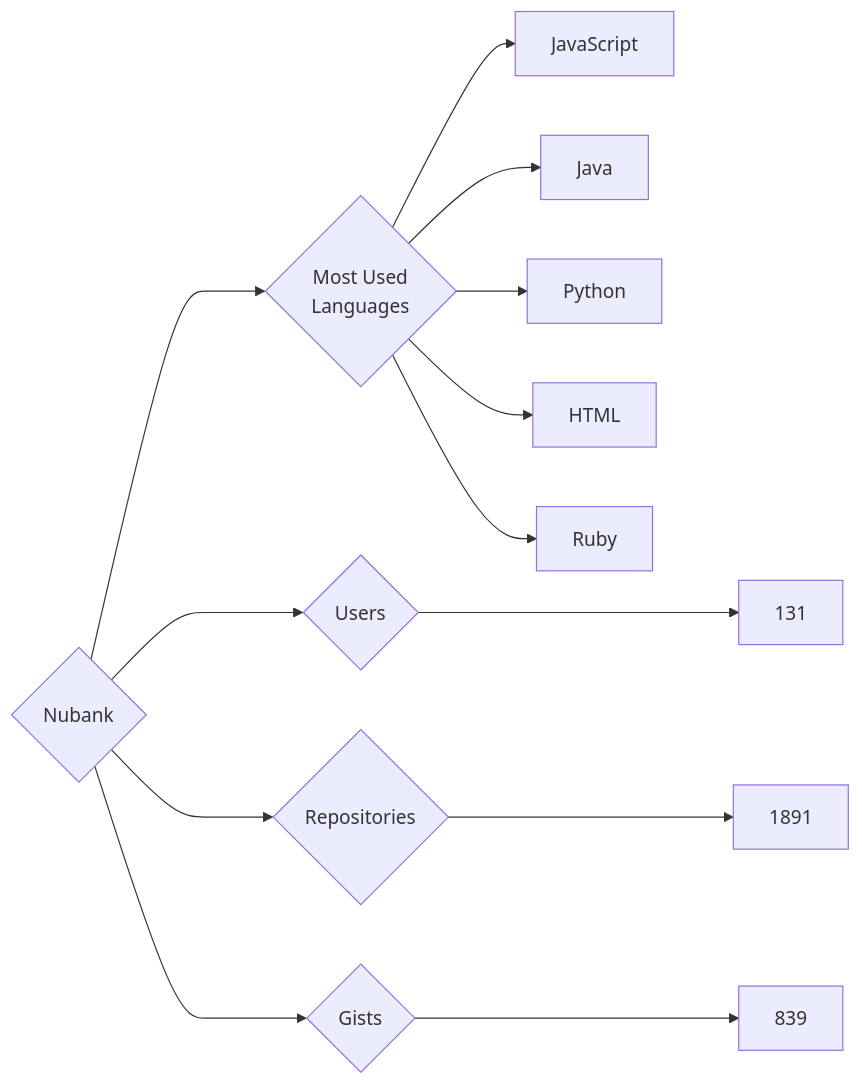
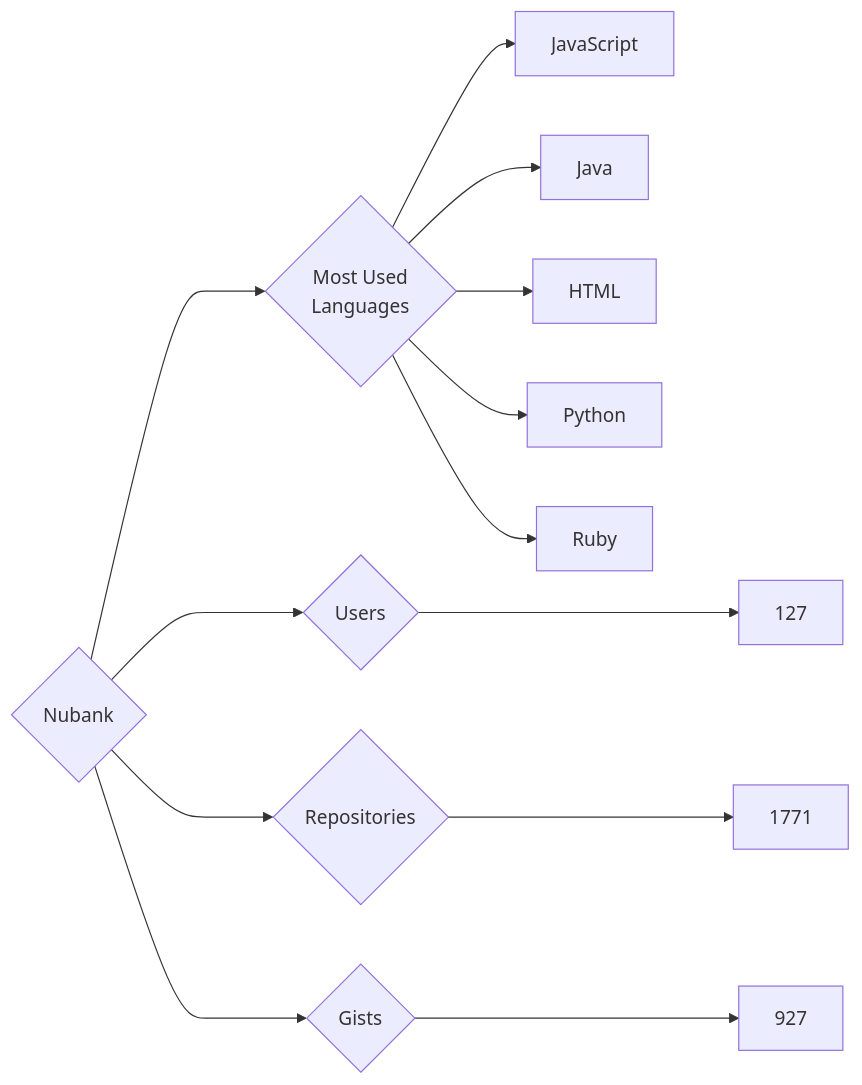
The diagram in targets/Nubank/README.md (trickest/insiders), drawn with Mermaid before and after one commit. The commit also changed 948 other files, not shown here.

````diff
--- a/targets/Nubank/README.md
+++ b/targets/Nubank/README.md
@@ -3,13 +3,13 @@
 ```mermaid
 graph LR
 COMPANY_NAME{Nubank}
-COMPANY_NAME ---> U{Users} ---> UN[131]
-COMPANY_NAME ---> R{Repositories} ---> RN[1891]
-COMPANY_NAME ---> G{Gists} ---> GN[839]
+COMPANY_NAME ---> U{Users} ---> UN[127]
+COMPANY_NAME ---> R{Repositories} ---> RN[1771]
+COMPANY_NAME ---> G{Gists} ---> GN[927]
 COMPANY_NAME ---> ML{Most Used<br>Languages}
 ML --> JavaScript[JavaScript]
 ML --> Java[Java]
+ML --> HTML[HTML]
 ML --> Python[Python]
-ML --> HTML[HTML]
 ML --> Ruby[Ruby]
 ```
````
